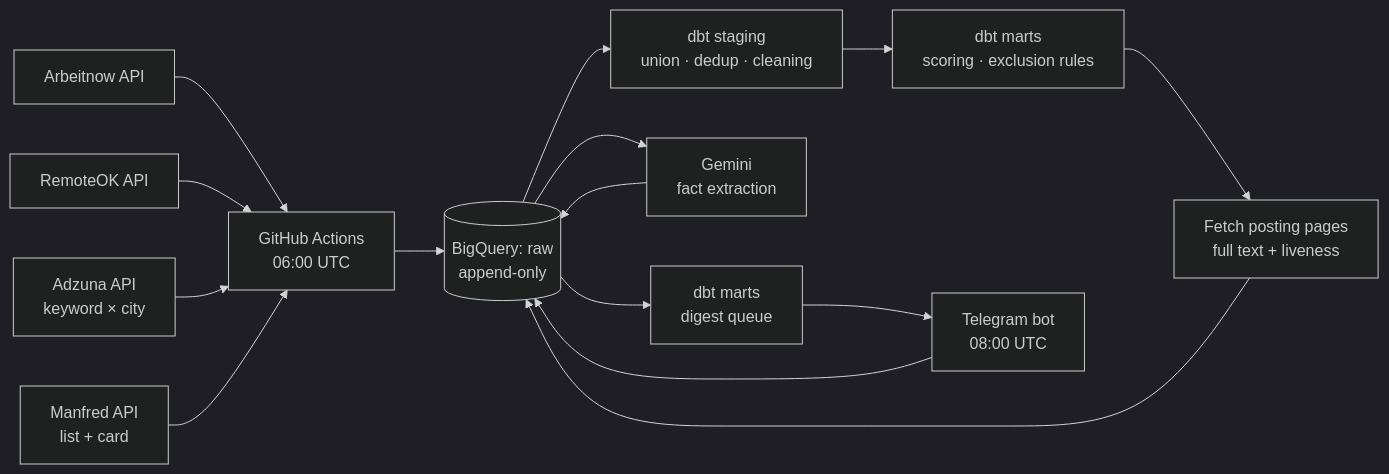
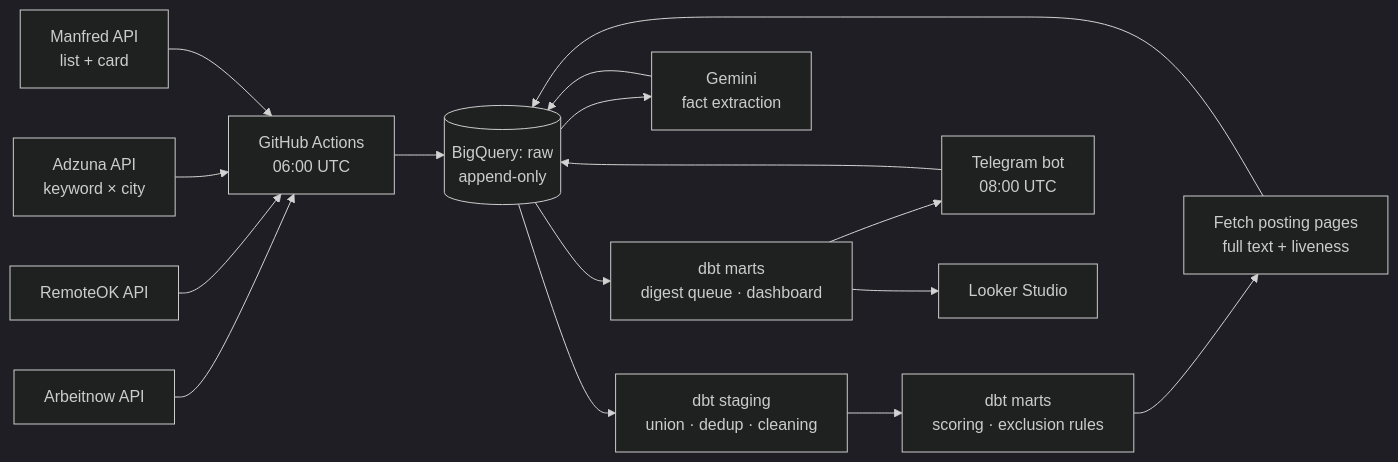
Before and after one commit to samsonovanatalia/vacancy-radar: the diagram in README.md, drawn with Mermaid (dark theme). The commit also changed other lines of this file and 3 other files, not shown here.

````diff
--- a/README.md
+++ b/README.md
@@ -21,17 +25,18 @@
 ```mermaid
 flowchart LR
     A1[Arbeitnow API] --> C[GitHub Actions<br/>06:00 UTC]
     A2[RemoteOK API] --> C
     A3[Adzuna API<br/>keyword × city] --> C
     A4[Manfred API<br/>list + card] --> C
     C --> R[(BigQuery: raw<br/>append-only)]
     R --> S[dbt staging<br/>union · dedup · cleaning]
     S --> M1[dbt marts<br/>scoring · exclusion rules]
     M1 --> F[Fetch posting pages<br/>full text + liveness]
     F --> R
     R --> E[Gemini<br/>fact extraction]
     E --> R
-    R --> M2[dbt marts<br/>digest queue]
+    R --> M2[dbt marts<br/>digest queue · dashboard]
     M2 --> T[Telegram bot<br/>08:00 UTC]
+    M2 --> D[Looker Studio]
     T --> R
 ```
````
